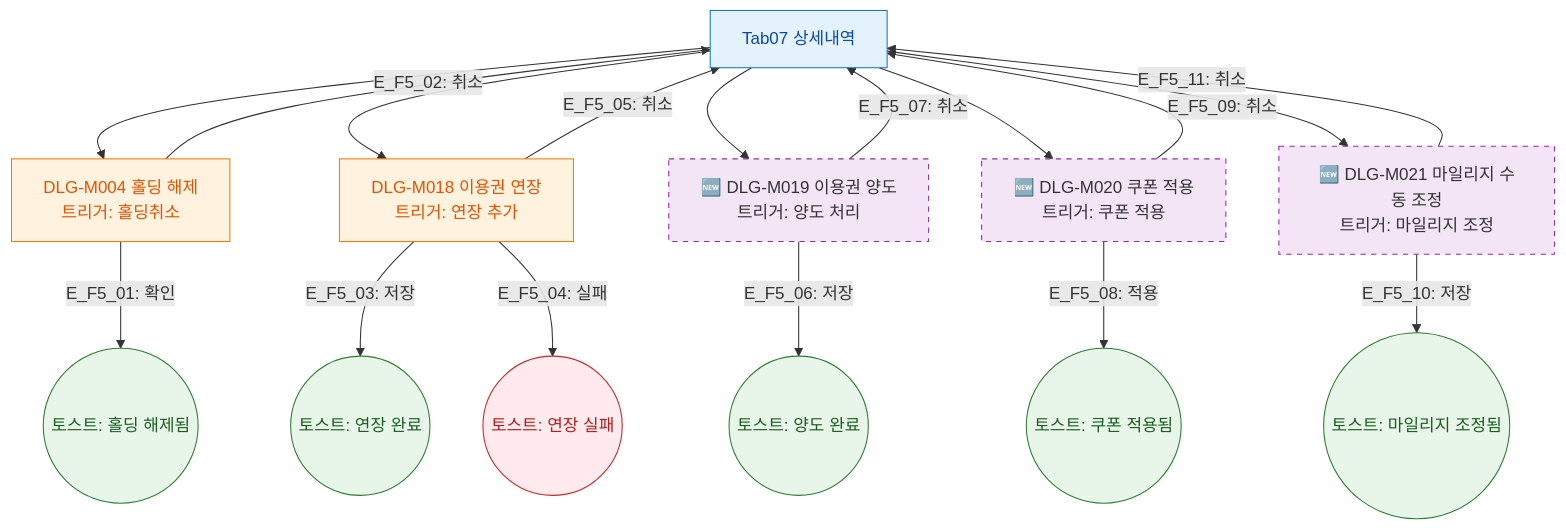
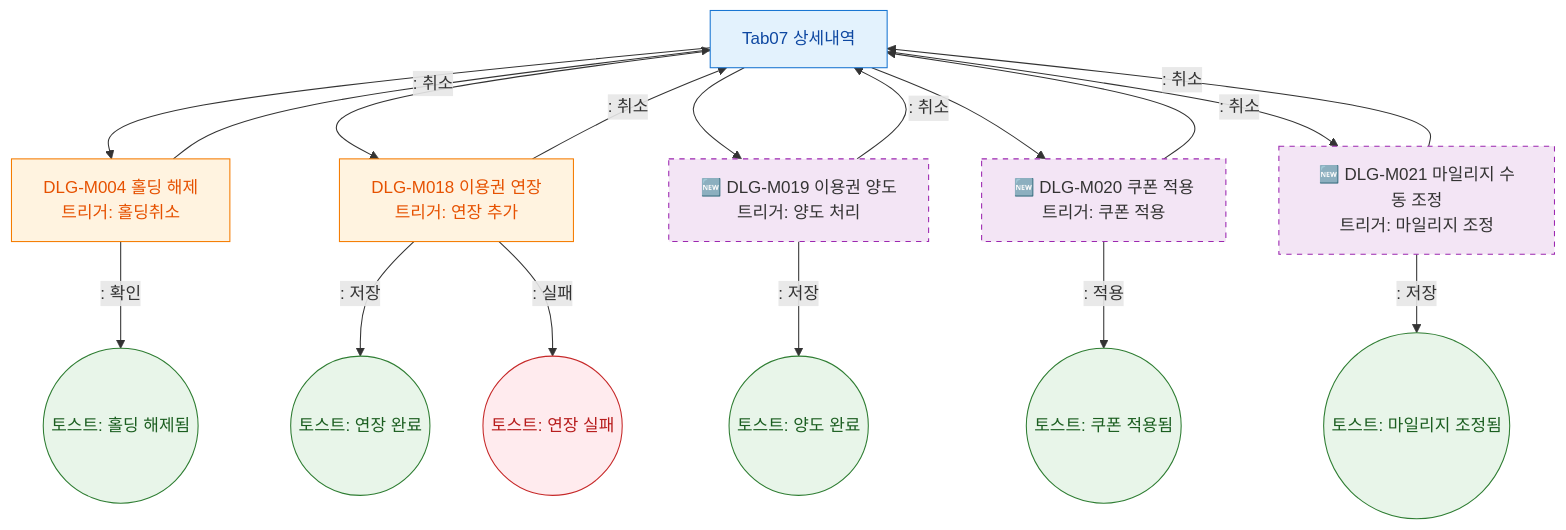
One commit to dev-spogym/admin-pando changed the diagram in docs/다이어그램/D02_회원관리/SCR-M004_회원상세/Tab07_상세내역/F5_모달트리거.md. Above: the diagram before and after it, drawn with Mermaid. The commit also changed other lines of this file and 1660 other files, not shown here.

First line of the commit message:
다이어그램: 기획자/클라이언트 납품본으로 정리

````diff
--- a/docs/다이어그램/D02_회원관리/SCR-M004_회원상세/Tab07_상세내역/F5_모달트리거.md
+++ b/docs/다이어그램/D02_회원관리/SCR-M004_회원상세/Tab07_상세내역/F5_모달트리거.md
@@ -22,40 +20,40 @@
 ```mermaid
 flowchart TD
   TAB[Tab07 상세내역] --> DLG_M004
   TAB --> DLG_M018
   TAB --> DLG_M019
   TAB --> DLG_M020
   TAB --> DLG_M021
 
   DLG_M004[DLG-M004 홀딩 해제\n트리거: 홀딩취소]
-  DLG_M004 -->|"E_F5_01: 확인"| OK4((토스트: 홀딩 해제됨))
-  DLG_M004 -->|"E_F5_02: 취소"| TAB
+  DLG_M004 -->|": 확인"|OK4((토스트: 홀딩 해제됨))
+  DLG_M004 -->|": 취소"|TAB
 
   DLG_M018[DLG-M018 이용권 연장\n트리거: 연장 추가]
-  DLG_M018 -->|"E_F5_03: 저장"| OK18((토스트: 연장 완료))
-  DLG_M018 -->|"E_F5_04: 실패"| ERR18((토스트: 연장 실패))
-  DLG_M018 -->|"E_F5_05: 취소"| TAB
+  DLG_M018 -->|": 저장"|OK18((토스트: 연장 완료))
+  DLG_M018 -->|": 실패"|ERR18((토스트: 연장 실패))
+  DLG_M018 -->|": 취소"|TAB
 
   DLG_M019[🆕 DLG-M019 이용권 양도\n트리거: 양도 처리]
-  DLG_M019 -->|"E_F5_06: 저장"| OK19((토스트: 양도 완료))
-  DLG_M019 -->|"E_F5_07: 취소"| TAB
+  DLG_M019 -->|": 저장"|OK19((토스트: 양도 완료))
+  DLG_M019 -->|": 취소"|TAB
 
   DLG_M020[🆕 DLG-M020 쿠폰 적용\n트리거: 쿠폰 적용]
-  DLG_M020 -->|"E_F5_08: 적용"| OK20((토스트: 쿠폰 적용됨))
-  DLG_M020 -->|"E_F5_09: 취소"| TAB
+  DLG_M020 -->|": 적용"|OK20((토스트: 쿠폰 적용됨))
+  DLG_M020 -->|": 취소"|TAB
 
   DLG_M021[🆕 DLG-M021 마일리지 수동 조정\n트리거: 마일리지 조정]
-  DLG_M021 -->|"E_F5_10: 저장"| OK21((토스트: 마일리지 조정됨))
-  DLG_M021 -->|"E_F5_11: 취소"| TAB
+  DLG_M021 -->|": 저장"|OK21((토스트: 마일리지 조정됨))
+  DLG_M021 -->|": 취소"|TAB
 
   classDef screen fill:#E3F2FD,stroke:#1976D2,color:#0D47A1
   classDef modal fill:#FFF3E0,stroke:#F57C00,color:#E65100
   classDef newFeature fill:#F3E5F5,stroke:#9C27B0,stroke-dasharray:5 5
   classDef success fill:#E8F5E9,stroke:#2E7D32,color:#1B5E20
   classDef error fill:#FFEBEE,stroke:#C62828,color:#B71C1C
   class TAB screen
   class DLG_M004,DLG_M018 modal
   class DLG_M019,DLG_M020,DLG_M021 newFeature
   class OK4,OK18,OK19,OK20,OK21 success
   class ERR18 error
 ```
````
